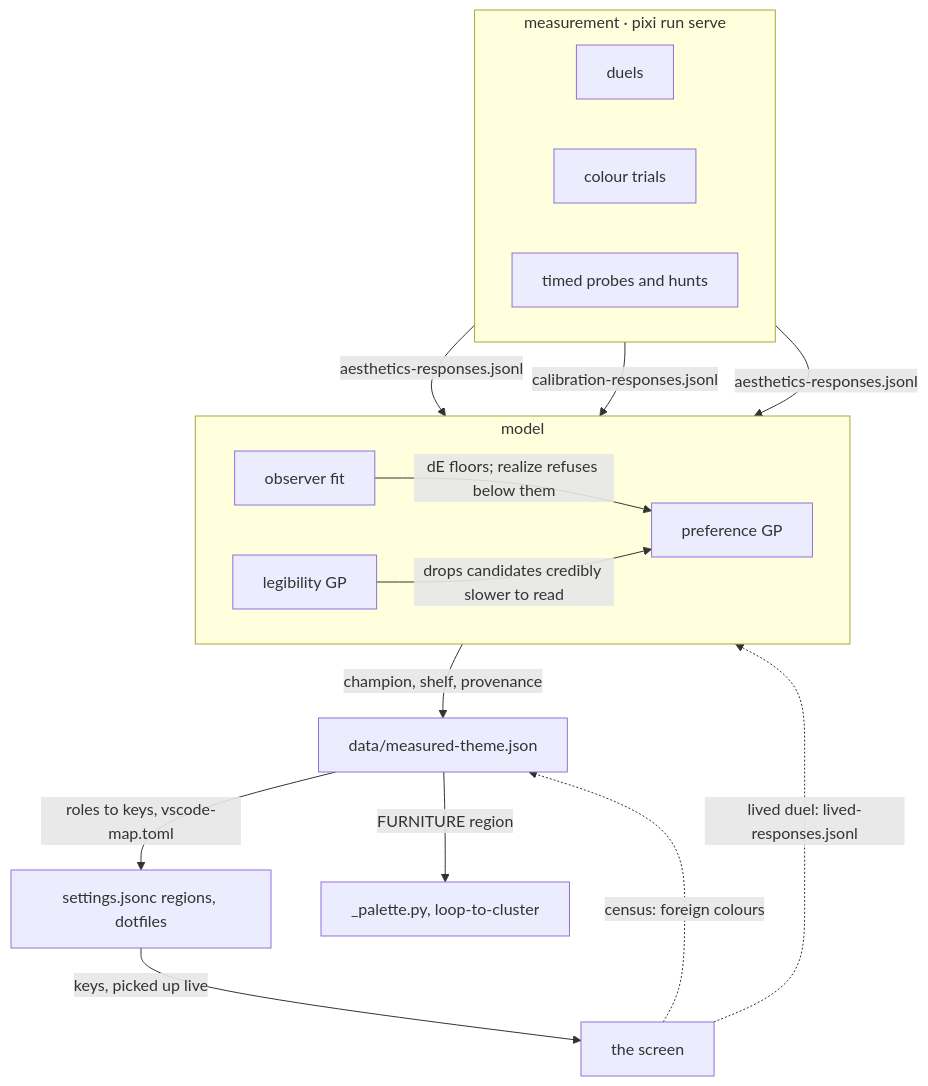
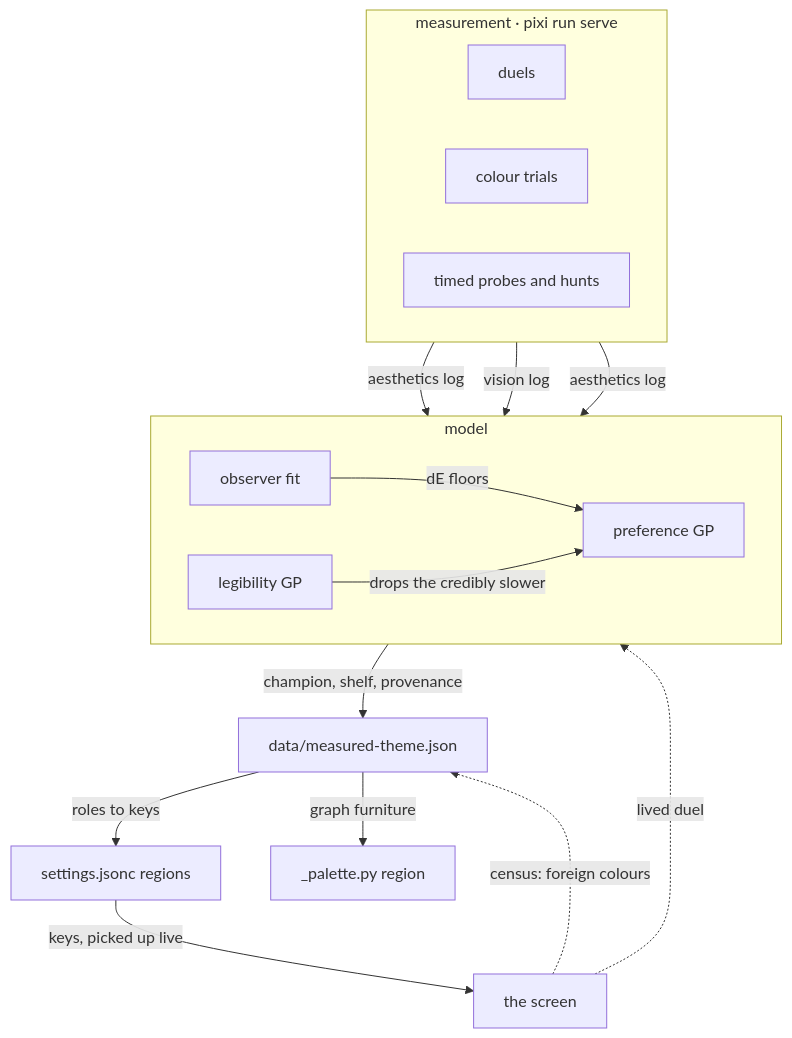
One commit to Titus-von-Koeller/theme-calibration changed the first of 4 diagrams in ARCHITECTURE.md. Above: the diagram before and after it, drawn with Mermaid.

Commit message:
ARCHITECTURE.md: shorter edge labels on the loop figure so it fits an 820 px viewport
The logs are named in the arms table; on the figure 'aesthetics log' and 'vision log' say what
moves without pushing the measurement row past the width a narrow window can show unscaled.
Measured in headless Chrome at 820 px: 957 px natural width before, 828 after.

````diff
--- a/ARCHITECTURE.md
+++ b/ARCHITECTURE.md
@@ -19,26 +19,26 @@
 ```mermaid
 flowchart TB
   subgraph M["measurement · pixi run serve"]
     direction LR
     D["duels"]
     V["colour trials"]
     T["timed probes and hunts"]
   end
   subgraph MO["model"]
     direction LR
     P["preference GP"]
     O["observer fit"]
     L["legibility GP"]
   end
-  D -- "aesthetics-responses.jsonl" --> P
-  V -- "calibration-responses.jsonl" --> O
-  T -- "aesthetics-responses.jsonl" --> L
-  O -- "dE floors; realize refuses below them" --> P
-  L -- "drops candidates credibly slower to read" --> P
+  D -- "aesthetics log" --> P
+  V -- "vision log" --> O
+  T -- "aesthetics log" --> L
+  O -- "dE floors" --> P
+  L -- "drops the credibly slower" --> P
   P -- "champion, shelf, provenance" --> J["data/measured-theme.json"]
-  J -- "roles to keys, vscode-map.toml" --> S["settings.jsonc regions, dotfiles"]
-  J -- "FURNITURE region" --> F["_palette.py, loop-to-cluster"]
+  J -- "roles to keys" --> S["settings.jsonc regions"]
+  J -- "graph furniture" --> F["_palette.py region"]
   S -- "keys, picked up live" --> X["the screen"]
   X -. "census: foreign colours" .-> J
-  X -. "lived duel: lived-responses.jsonl" .-> P
+  X -. "lived duel" .-> P
 ```
````
